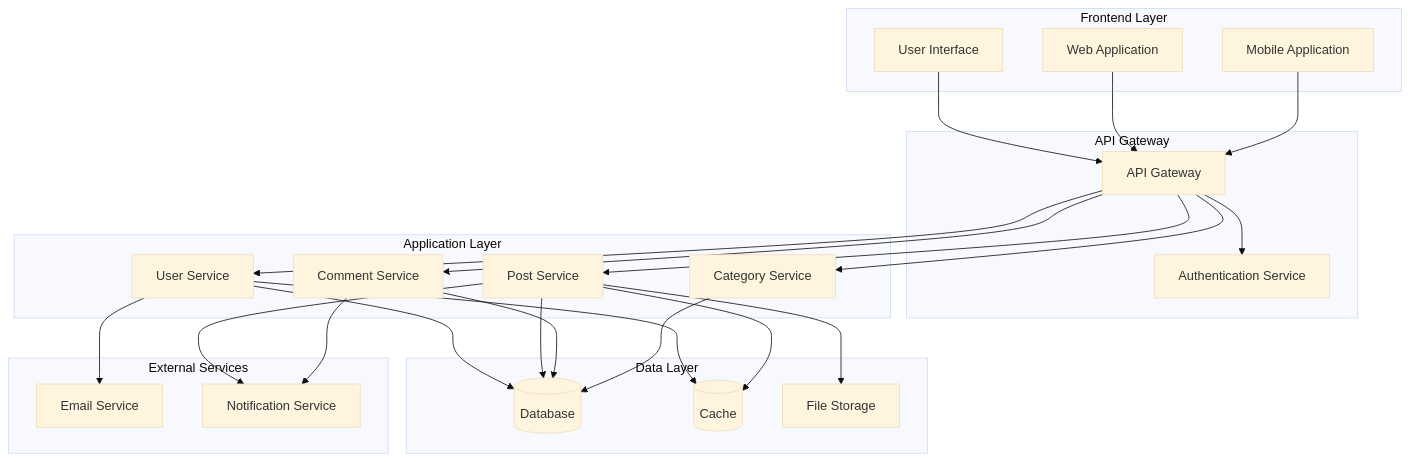
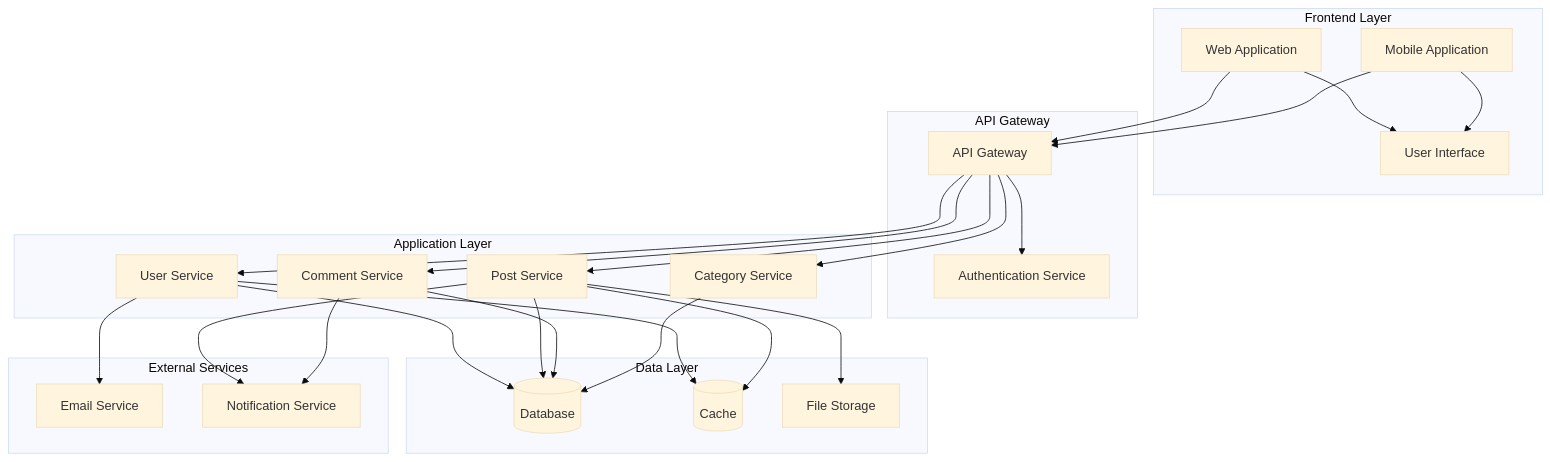
Before and after one commit to elif5446/S390_404-Name-not-Found: the diagram in docs/diagrams/component-diagram.md, drawn with Mermaid (base theme). The commit also changed 1 other file, not shown here.

Commit message:
Address code review feedback: fix diagram relationships and spelling

````diff
--- a/docs/diagrams/component-diagram.md
+++ b/docs/diagrams/component-diagram.md
@@ -8,55 +8,56 @@
 ```mermaid
 graph TB
     subgraph "Frontend Layer"
         UI[User Interface]
         WebApp[Web Application]
         MobileApp[Mobile Application]
     end
     
     subgraph "API Gateway"
         Gateway[API Gateway]
         Auth[Authentication Service]
     end
     
     subgraph "Application Layer"
         UserService[User Service]
         PostService[Post Service]
         CommentService[Comment Service]
         CategoryService[Category Service]
     end
     
     subgraph "Data Layer"
         Database[(Database)]
         Cache[(Cache)]
         FileStorage[File Storage]
     end
     
     subgraph "External Services"
         EmailService[Email Service]
         NotificationService[Notification Service]
     end
     
-    UI --> Gateway
+    WebApp --> UI
+    MobileApp --> UI
     WebApp --> Gateway
     MobileApp --> Gateway
     
     Gateway --> Auth
     Gateway --> UserService
     Gateway --> PostService
     Gateway --> CommentService
     Gateway --> CategoryService
     
     UserService --> Database
     PostService --> Database
     CommentService --> Database
     CategoryService --> Database
     
     UserService --> Cache
     PostService --> Cache
     
     PostService --> FileStorage
     
     UserService --> EmailService
     PostService --> NotificationService
     CommentService --> NotificationService
 ```
````
